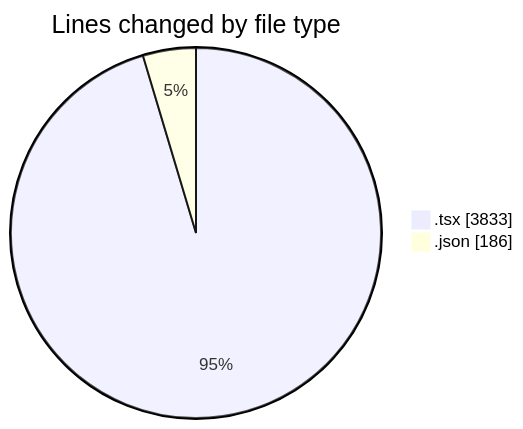
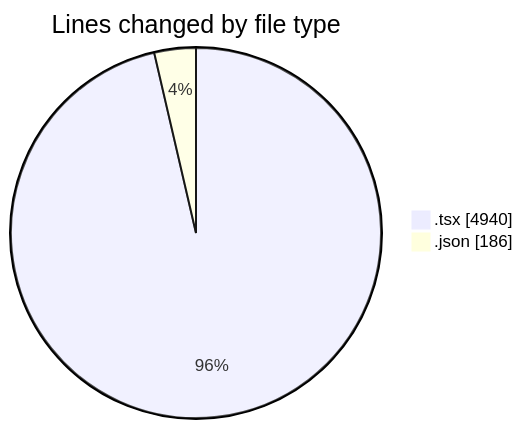
Before and after one commit to momahboobian/code-tracking: the first of 2 diagrams in 2026-08-06/cda/README.md, drawn with Mermaid. The commit also changed other lines of this file and 1 other file, not shown here.

````diff
--- a/2026-08-06/cda/README.md
+++ b/2026-08-06/cda/README.md
@@ -31,6 +31,6 @@
 ```mermaid
 pie showData
 title Lines changed by file type
-".tsx" : 3833
+".tsx" : 4940
 ".json" : 186
 ```
````
